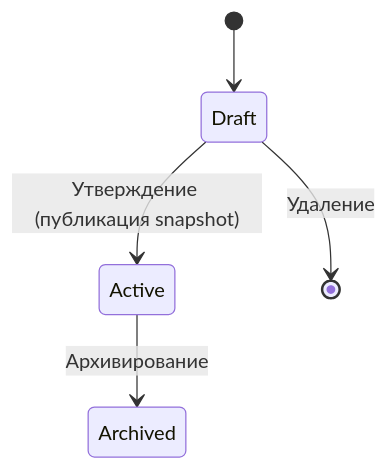
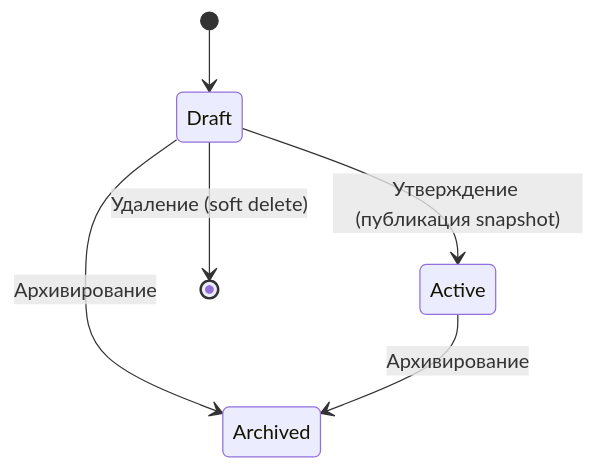
The first of 7 diagrams in README.md (SaintEfim/LIMS.DDD), drawn with Mermaid before and after one commit. The commit also changed other lines of this file and 1 other file, not shown here.

````diff
--- a/README.md
+++ b/README.md
@@ -318,9 +339,10 @@
 ```mermaid
 stateDiagram-v2
     [*] --> Draft
 
     Draft --> Active : Утверждение (публикация snapshot)
-    Draft --> [*] : Удаление
+    Draft --> Archived : Архивирование
+    Draft --> [*] : Удаление (soft delete)
 
     Active --> Archived : Архивирование
 ```
````
